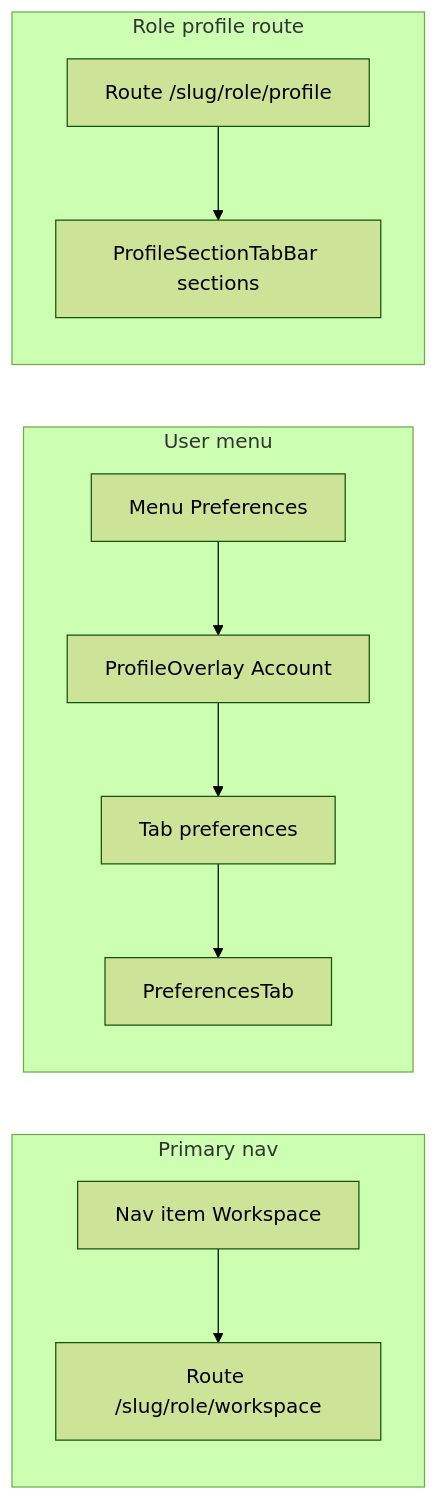
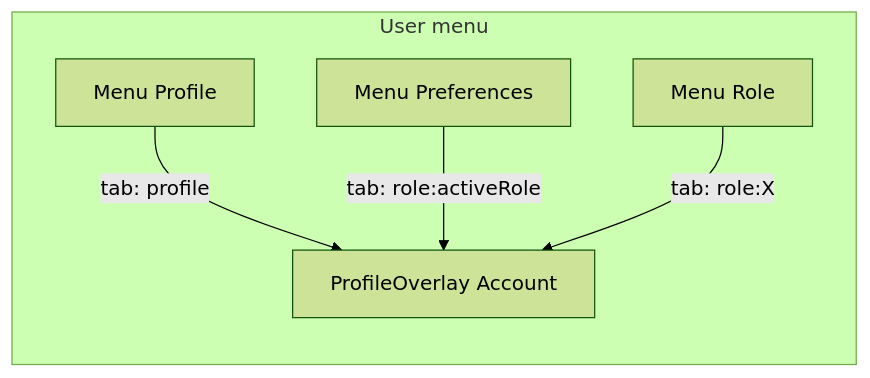
Before and after one commit to riskneutral00/DiveDispatch: the diagram in docs/SETTINGS_TERMINOLOGY.md, drawn with Mermaid (forest theme). The commit also changed other lines of this file and 224 other files, not shown here.

````diff
--- a/docs/SETTINGS_TERMINOLOGY.md
+++ b/docs/SETTINGS_TERMINOLOGY.md
@@ -54,22 +51,12 @@
 ```mermaid
 flowchart LR
-  subgraph nav [Primary nav]
-    NavWs["Nav item Workspace"]
-    RouteWs["Route /slug/role/workspace"]
-    NavWs --> RouteWs
-  end
   subgraph menu [User menu]
+    MenuProfile["Menu Profile"]
     MenuPrefs["Menu Preferences"]
+    MenuRole["Menu Role"]
     Overlay["ProfileOverlay Account"]
-    PrefsTab["Tab preferences"]
-    PreferencesTab["PreferencesTab"]
-    MenuPrefs --> Overlay
-    Overlay --> PrefsTab
-    PrefsTab --> PreferencesTab
-  end
-  subgraph profilePage [Role profile route]
-    RouteProfile["Route /slug/role/profile"]
-    PSTB["ProfileSectionTabBar sections"]
-    RouteProfile --> PSTB
+    MenuProfile -->|"tab: profile"| Overlay
+    MenuPrefs -->|"tab: role:activeRole"| Overlay
+    MenuRole -->|"tab: role:X"| Overlay
   end
 ```
````
